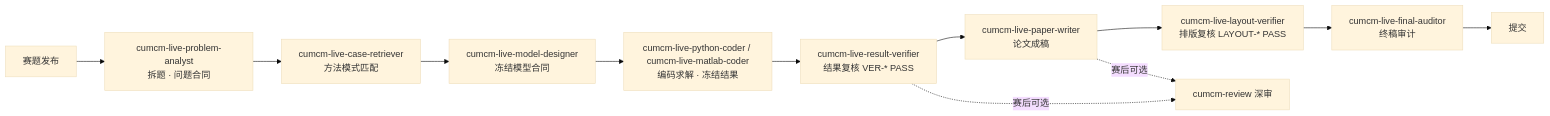
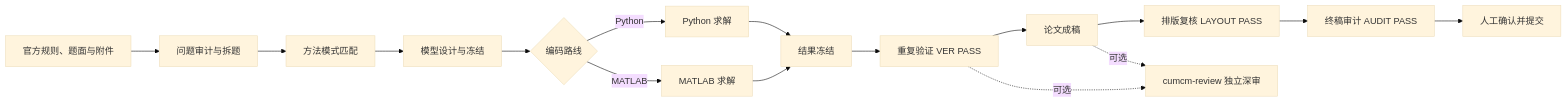
Before and after one commit to luanqi-xionghua/LQXH-cumcm-live-skills: the diagram in README.md, drawn with Mermaid (base theme). The commit also changed other lines of this file, not shown here.

````diff
--- a/README.md
+++ b/README.md
@@ -43,14 +37,18 @@
 ```mermaid
 flowchart LR
-    A[赛题发布] --> B[cumcm-live-problem-analyst<br/>拆题 · 问题合同]
-    B --> C[cumcm-live-case-retriever<br/>方法模式匹配]
-    C --> D[cumcm-live-model-designer<br/>冻结模型合同]
-    D --> E[cumcm-live-python-coder / cumcm-live-matlab-coder<br/>编码求解 · 冻结结果]
-    E --> F[cumcm-live-result-verifier<br/>结果复核 VER-* PASS]
-    F --> G[cumcm-live-paper-writer<br/>论文成稿]
-    G --> H[cumcm-live-layout-verifier<br/>排版复核 LAYOUT-* PASS]
-    H --> I[cumcm-live-final-auditor<br/>终稿审计]
-    I --> J[提交]
-    F -.赛后可选.-> K[cumcm-review 深审]
-    G -.赛后可选.-> K
+    A[官方规则、题面与附件] --> B[问题审计与拆题]
+    B --> C[方法模式匹配]
+    C --> D[模型设计与冻结]
+    D --> E{编码路线}
+    E -->|Python| F[Python 求解]
+    E -->|MATLAB| G[MATLAB 求解]
+    F --> H[结果冻结]
+    G --> H
+    H --> I[重复验证 VER PASS]
+    I --> J[论文成稿]
+    J --> K[排版复核 LAYOUT PASS]
+    K --> L[终稿审计 AUDIT PASS]
+    L --> M[人工确认并提交]
+    I -.可选.-> N[cumcm-review 独立深审]
+    J -.可选.-> N
 ```
````
